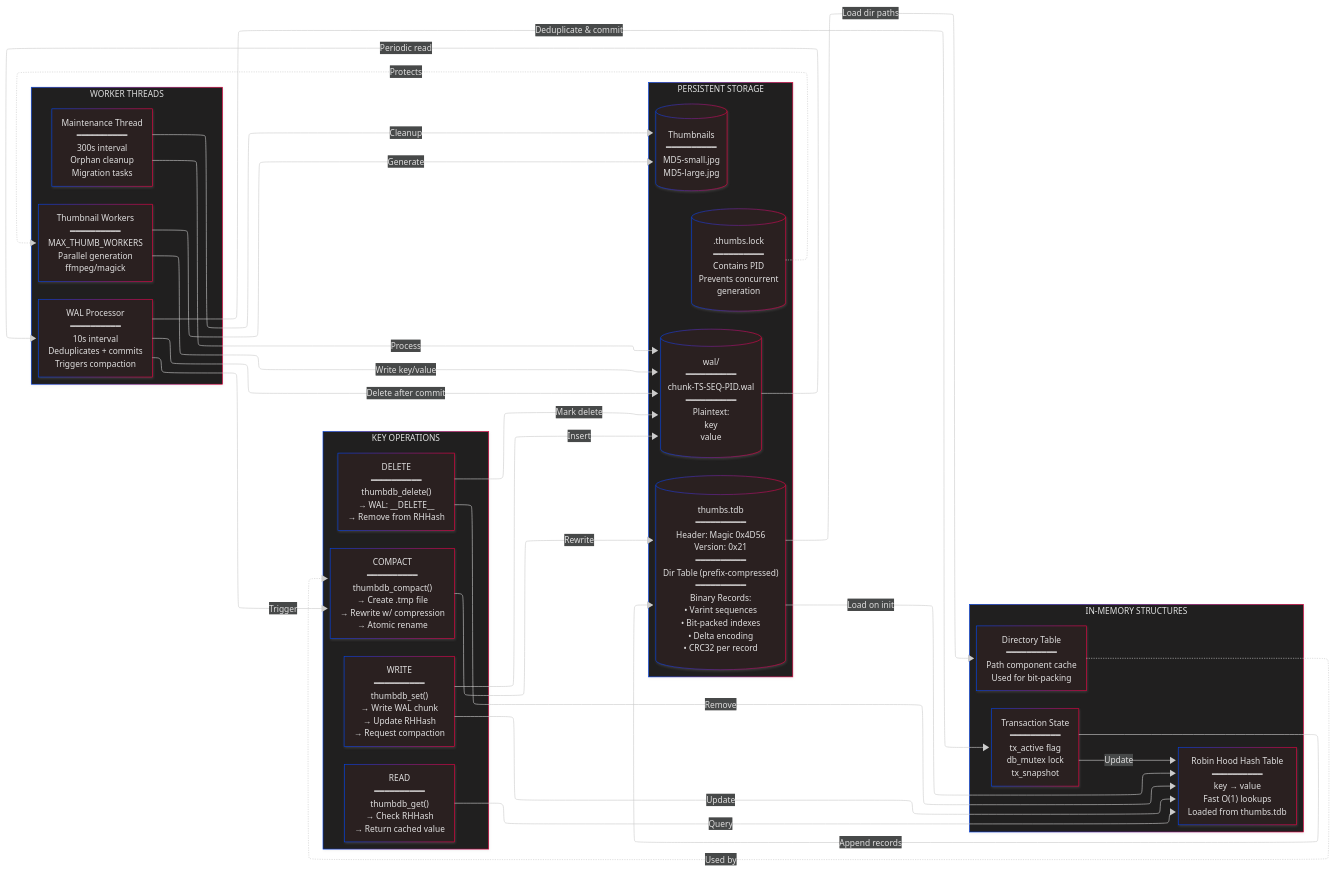
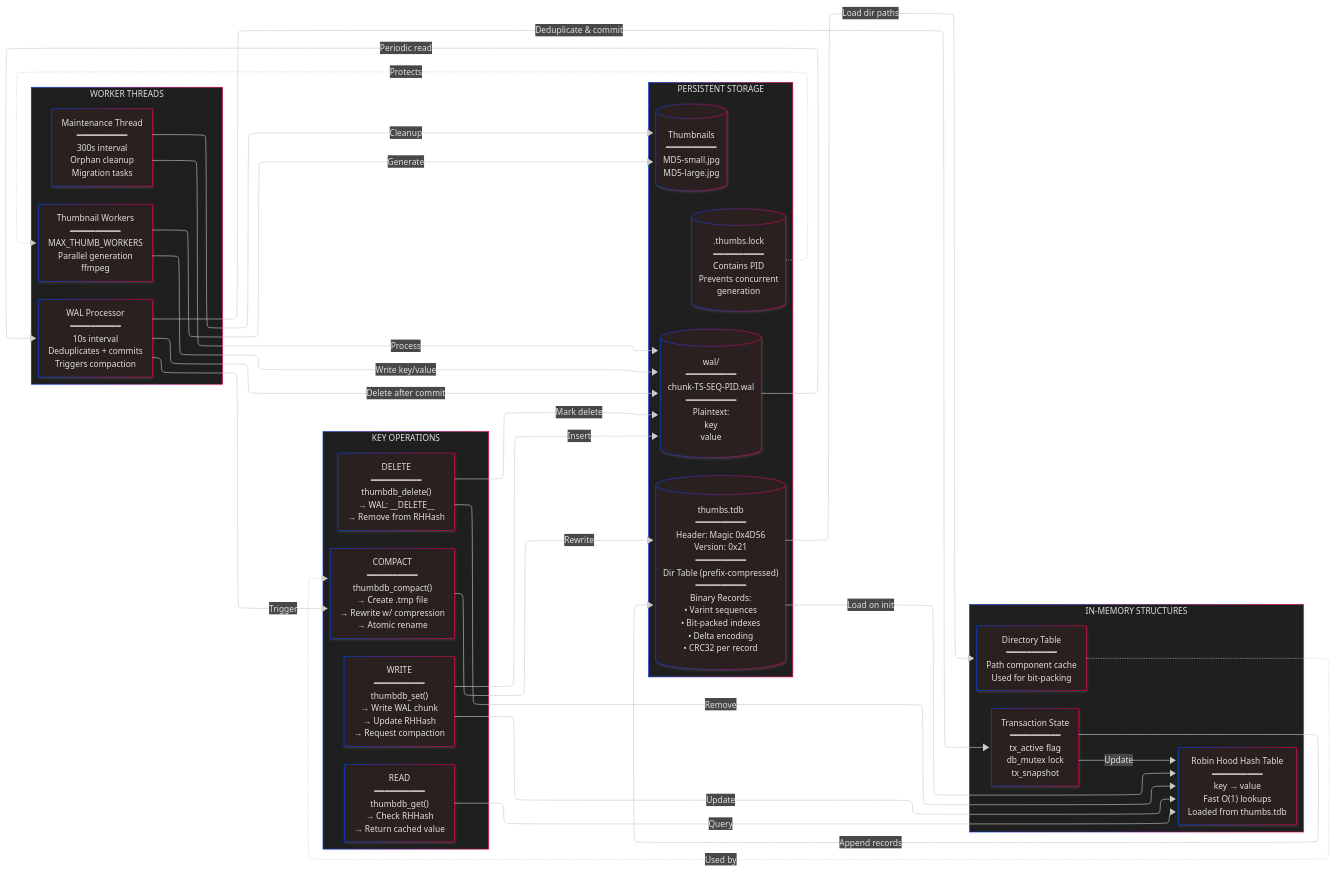
The diagram in dbspec/thumbdb_flow2.mmd (A5M1/masonry-gallery), drawn with Mermaid before and after one commit. The commit also changed 15 other files, not shown here.

First line of the commit message:
Refactor thumbnail generation and database validation logic

```diff
--- a/dbspec/thumbdb_flow2.mmd
+++ b/dbspec/thumbdb_flow2.mmd
@@ -1,53 +1,53 @@
 ---
 config:
   layout: elk
   theme: neo-dark
   look: neo
 ---
 flowchart LR
  subgraph Storage["PERSISTENT STORAGE"]
         direction TB
         TDB[("thumbs.tdb<br/>━━━━━━━━━━<br/>Header: Magic 0x4D56<br/>Version: 0x21<br/>━━━━━━━━━━<br/>Dir Table (prefix-compressed)<br/>━━━━━━━━━━<br/>Binary Records:<br/>• Varint sequences<br/>• Bit-packed indexes<br/>• Delta encoding<br/>• CRC32 per record")]
         WAL[("wal/<br/>━━━━━━━━━━<br/>chunk-TS-SEQ-PID.wal<br/>━━━━━━━━━━<br/>Plaintext:<br/>key<br/>value")]
         THUMBS[("Thumbnails<br/>━━━━━━━━━━<br/>MD5-small.jpg<br/>MD5-large.jpg")]
         LOCK[(".thumbs.lock<br/>━━━━━━━━━━<br/>Contains PID<br/>Prevents concurrent<br/>generation")]
   end
  subgraph Memory["IN-MEMORY STRUCTURES"]
         direction TB
         RHHash["Robin Hood Hash Table<br/>━━━━━━━━━━<br/>key → value<br/>Fast O(1) lookups<br/>Loaded from thumbs.tdb"]
         DirTable["Directory Table<br/>━━━━━━━━━━<br/>Path component cache<br/>Used for bit-packing"]
         TxState["Transaction State<br/>━━━━━━━━━━<br/>tx_active flag<br/>db_mutex lock<br/>tx_snapshot"]
   end
  subgraph Workers["WORKER THREADS"]
         direction TB
-        ThumbWorkers["Thumbnail Workers<br/>━━━━━━━━━━<br/>MAX_THUMB_WORKERS<br/>Parallel generation<br/>ffmpeg/magick"]
+        ThumbWorkers["Thumbnail Workers<br/>━━━━━━━━━━<br/>MAX_THUMB_WORKERS<br/>Parallel generation<br/>ffmpeg"]
         WALProcessor["WAL Processor<br/>━━━━━━━━━━<br/>10s interval<br/>Deduplicates + commits<br/>Triggers compaction"]
         MaintenanceThread["Maintenance Thread<br/>━━━━━━━━━━<br/>300s interval<br/>Orphan cleanup<br/>Migration tasks"]
   end
  subgraph Operations["KEY OPERATIONS"]
         direction TB
         Read["READ<br/>━━━━━━━━━━<br/>thumbdb_get()<br/>→ Check RHHash<br/>→ Return cached value"]
         Write["WRITE<br/>━━━━━━━━━━<br/>thumbdb_set()<br/>→ Write WAL chunk<br/>→ Update RHHash<br/>→ Request compaction"]
         Delete["DELETE<br/>━━━━━━━━━━<br/>thumbdb_delete()<br/>→ WAL: __DELETE__<br/>→ Remove from RHHash"]
         Compact["COMPACT<br/>━━━━━━━━━━<br/>thumbdb_compact()<br/>→ Create .tmp file<br/>→ Rewrite w/ compression<br/>→ Atomic rename"]
   end
     TDB -->|Load on init| RHHash
     TDB -->|Load dir paths| DirTable
     ThumbWorkers -->|Generate| THUMBS
     ThumbWorkers -->|Write key/value| WAL
     WAL -->|Periodic read| WALProcessor
     WALProcessor -->|Deduplicate & commit| TxState
     TxState -->|Update| RHHash
     TxState -->|Append records| TDB
     WALProcessor -->|Delete after commit| WAL
     WALProcessor -->|Trigger| Compact
     Compact -->|Rewrite| TDB
     Read -->|Query| RHHash
     Write -->|Insert| WAL
     Write -->|Update| RHHash
     Delete -->|Mark delete| WAL
     Delete -->|Remove| RHHash
     MaintenanceThread -->|Cleanup| THUMBS
     MaintenanceThread -->|Process| WAL
     LOCK -.->|Protects| ThumbWorkers
     DirTable -.->|Used by| Compact
```
